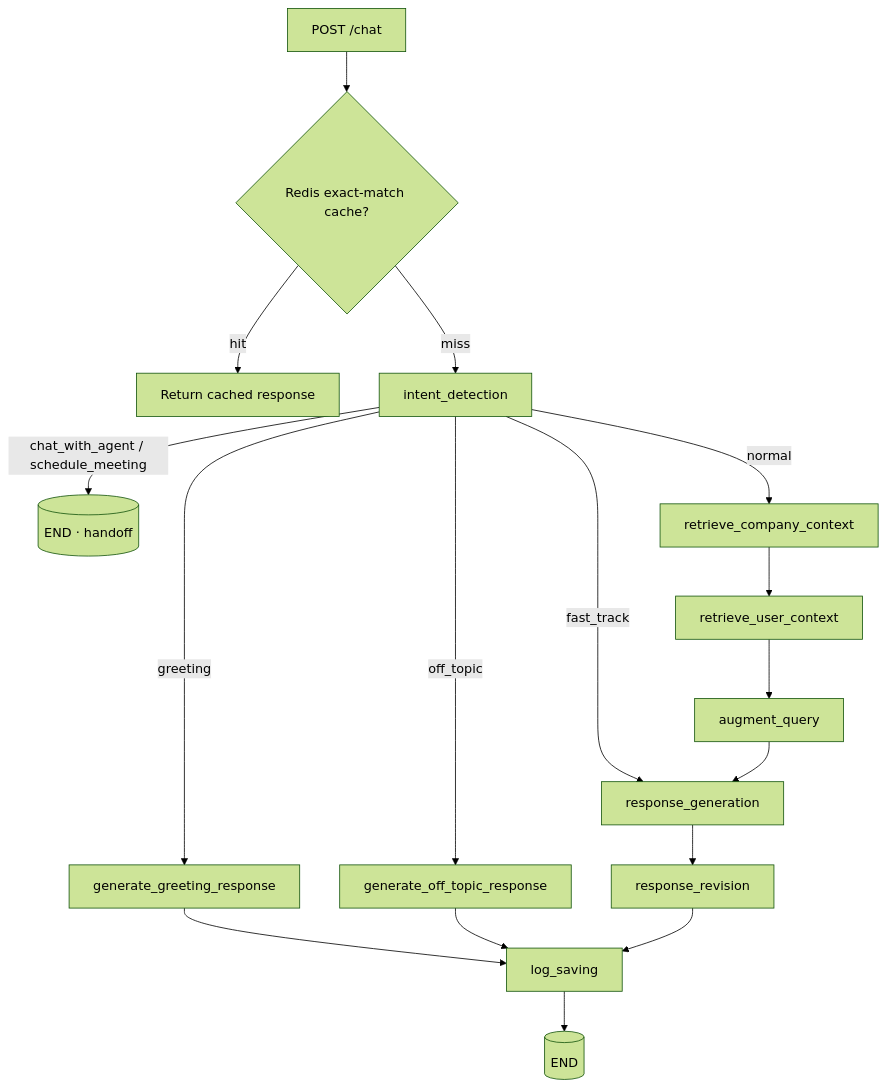
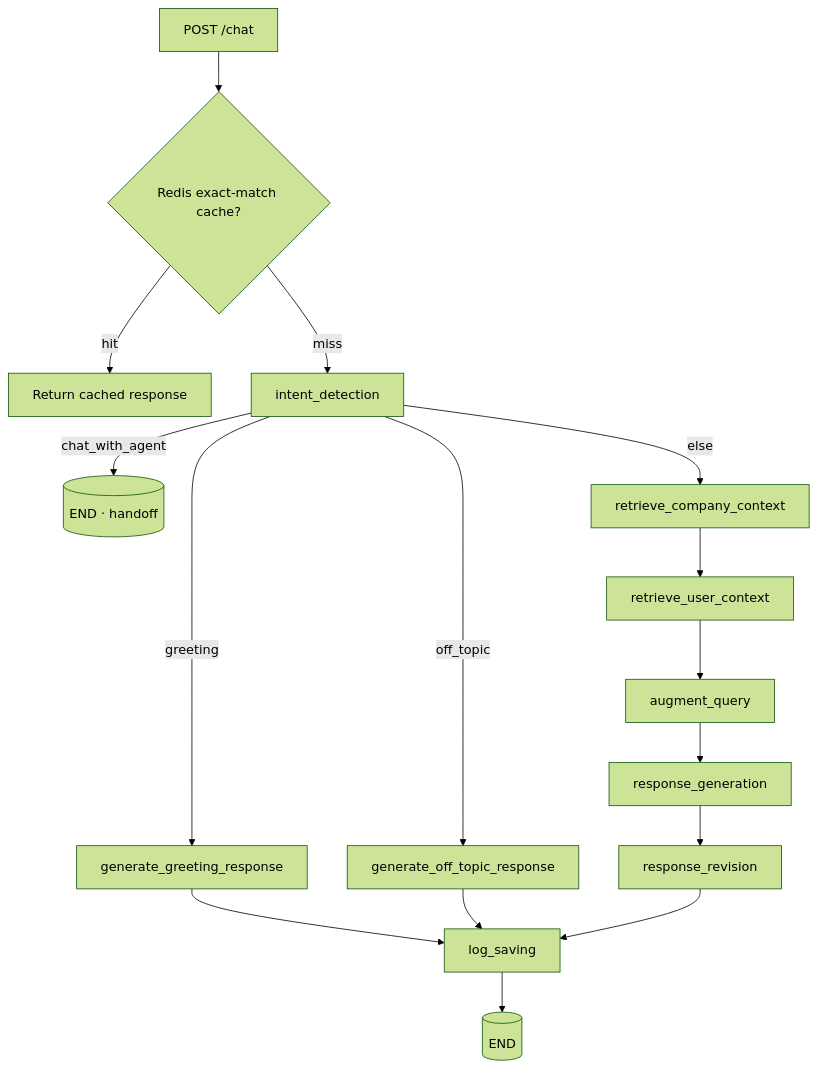
The diagram in README.md (wbrunovieira/chatbotWBDigitalSolutionsLangGraph), drawn with Mermaid (forest theme) before and after one commit. The commit also changed other lines of this file and 6 other files, not shown here.

First line of the commit message:
fix: Pre-showcase polish (fast_track docs, revision catch, non-root container, EAD/markdown) (#35)

````diff
--- a/README.md
+++ b/README.md
@@ -62,19 +62,18 @@
 ```mermaid
 flowchart TD
     A[POST /chat] --> R{Redis exact-match cache?}
     R -- hit --> Z[Return cached response]
     R -- miss --> I[intent_detection]
     I -->|greeting| G[generate_greeting_response]
     I -->|off_topic| O[generate_off_topic_response]
-    I -->|chat_with_agent / schedule_meeting| END1[(END · handoff)]
-    I -->|fast_track| RG[response_generation]
-    I -->|normal| C[retrieve_company_context]
+    I -->|chat_with_agent| END1[(END · handoff)]
+    I -->|else| C[retrieve_company_context]
     C --> U[retrieve_user_context]
     U --> AQ[augment_query]
-    AQ --> RG
+    AQ --> RG[response_generation]
     RG --> RV[response_revision]
     G --> L[log_saving]
     O --> L
     RV --> L
     L --> END2[(END)]
 ```
````
